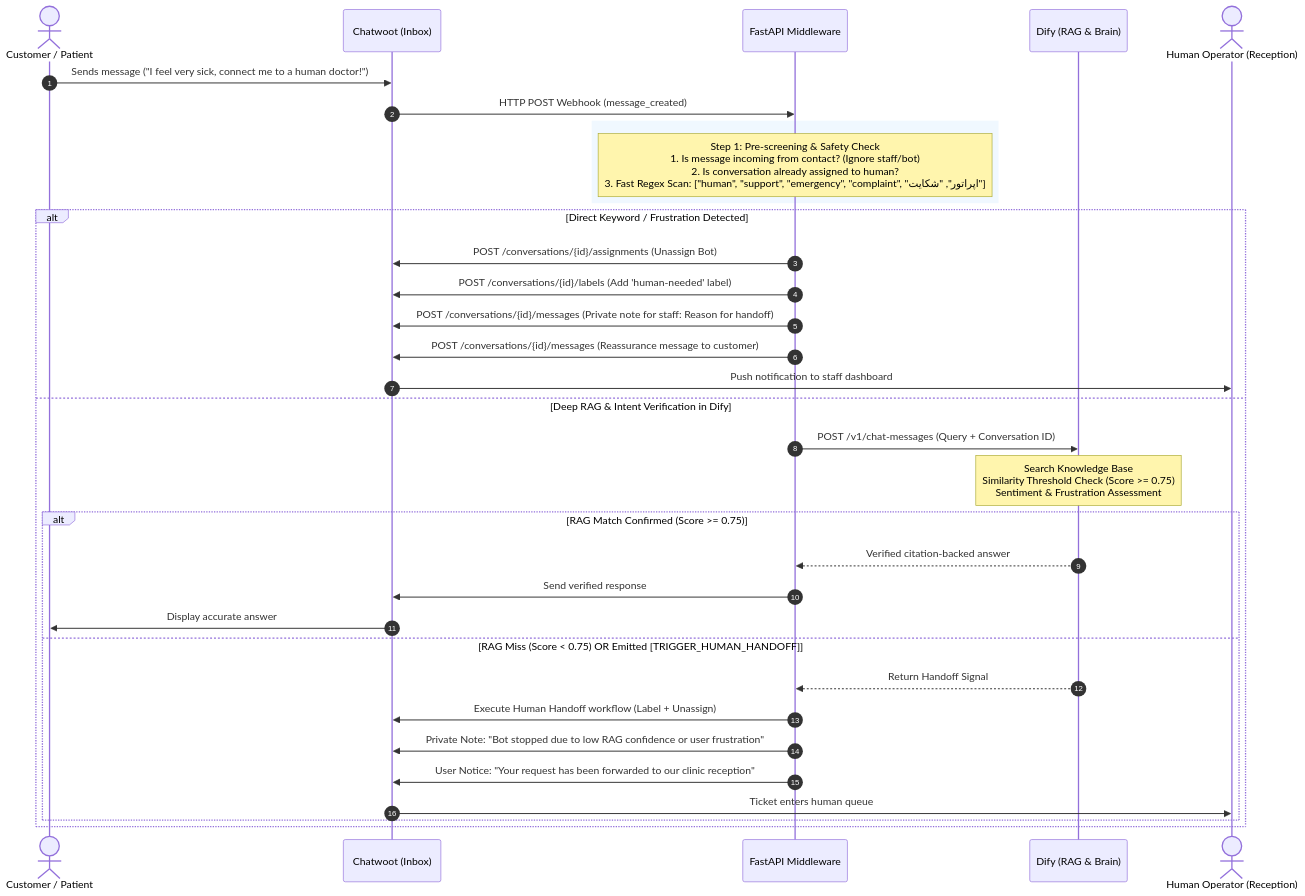
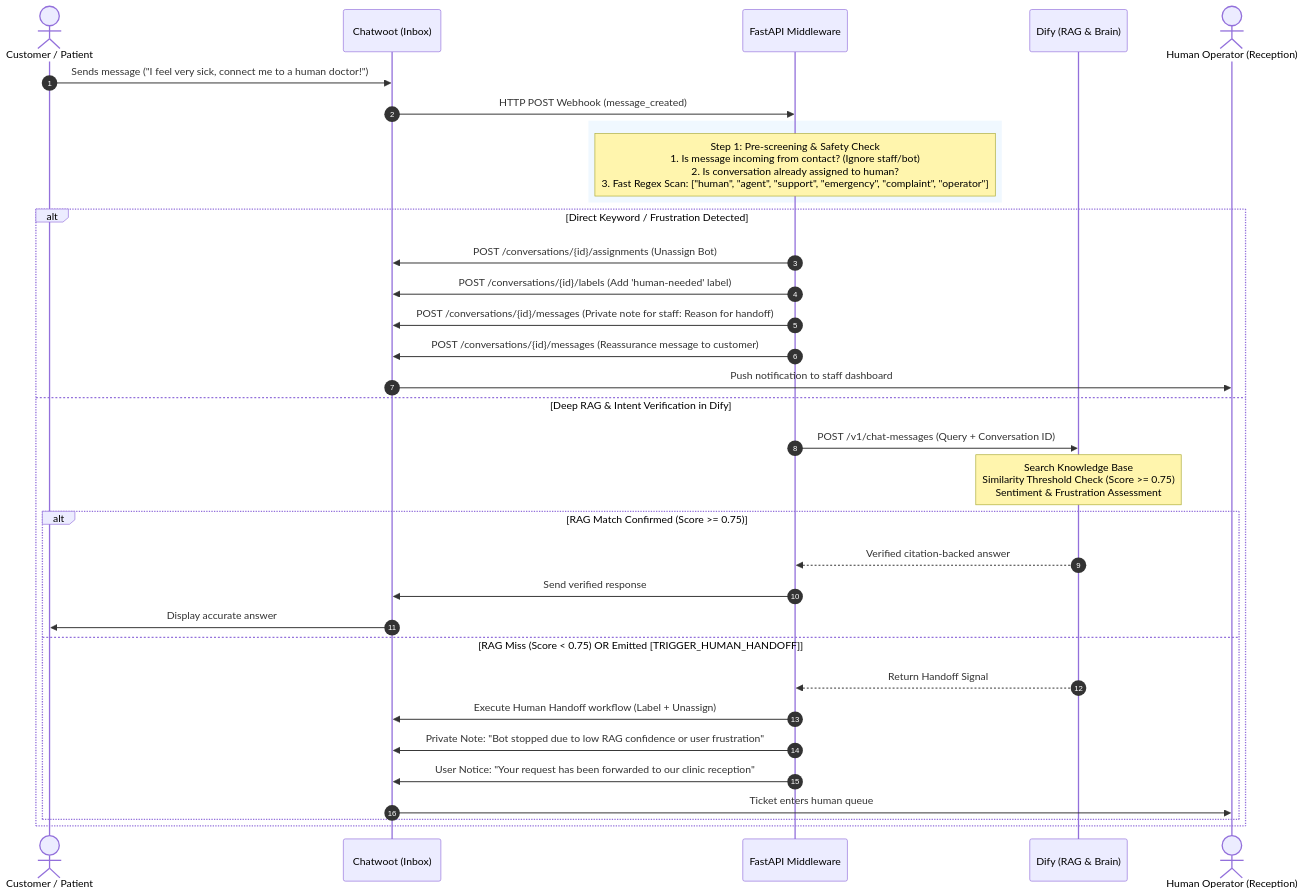
One commit to ME0W004/Omnichannel-AI-Customer-Support-Appointment-System- changed the second of 3 diagrams in README.md. Above: the diagram before and after it, drawn with Mermaid. The commit also changed other lines of this file and 9 other files, not shown here.

````diff
--- a/README.md
+++ b/README.md
@@ -85,39 +89,39 @@
 ```mermaid
 sequenceDiagram
     autonumber
     actor User as Customer / Patient
     participant CW as Chatwoot (Inbox)
     participant MW as FastAPI Middleware
     participant Dify as Dify (RAG & Brain)
     actor Human as Human Operator (Reception)
 
     User->>CW: Sends message ("I feel very sick, connect me to a human doctor!")
     CW->>MW: HTTP POST Webhook (message_created)
     
     rect rgb(240, 248, 255)
-        Note over MW: Step 1: Pre-screening & Safety Check<br/>1. Is message incoming from contact? (Ignore staff/bot)<br/>2. Is conversation already assigned to human?<br/>3. Fast Regex Scan: ["human", "support", "emergency", "complaint", "اپراتور", "شکایت"]
+        Note over MW: Step 1: Pre-screening & Safety Check<br/>1. Is message incoming from contact? (Ignore staff/bot)<br/>2. Is conversation already assigned to human?<br/>3. Fast Regex Scan: ["human", "agent", "support", "emergency", "complaint", "operator"]
     end
 
     alt Direct Keyword / Frustration Detected
         MW->>CW: POST /conversations/{id}/assignments (Unassign Bot)
         MW->>CW: POST /conversations/{id}/labels (Add 'human-needed' label)
         MW->>CW: POST /conversations/{id}/messages (Private note for staff: Reason for handoff)
         MW->>CW: POST /conversations/{id}/messages (Reassurance message to customer)
         CW->>Human: Push notification to staff dashboard
     else Deep RAG & Intent Verification in Dify
         MW->>Dify: POST /v1/chat-messages (Query + Conversation ID)
         Note over Dify: Search Knowledge Base<br/>Similarity Threshold Check (Score >= 0.75)<br/>Sentiment & Frustration Assessment
         
         alt RAG Match Confirmed (Score >= 0.75)
             Dify-->>MW: Verified citation-backed answer
             MW->>CW: Send verified response
             CW->>User: Display accurate answer
         else RAG Miss (Score < 0.75) OR Emitted [TRIGGER_HUMAN_HANDOFF]
             Dify-->>MW: Return Handoff Signal
             MW->>CW: Execute Human Handoff workflow (Label + Unassign)
             MW->>CW: Private Note: "Bot stopped due to low RAG confidence or user frustration"
             MW->>CW: User Notice: "Your request has been forwarded to our clinic reception"
             CW->>Human: Ticket enters human queue
         end
     end
 ```
````
